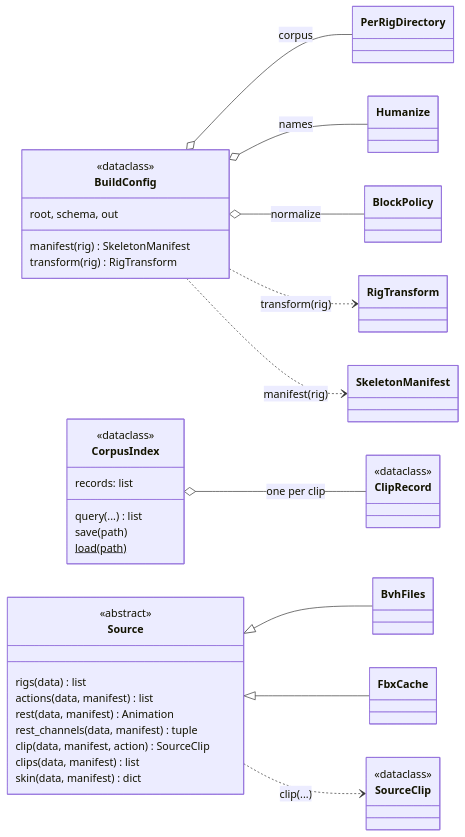
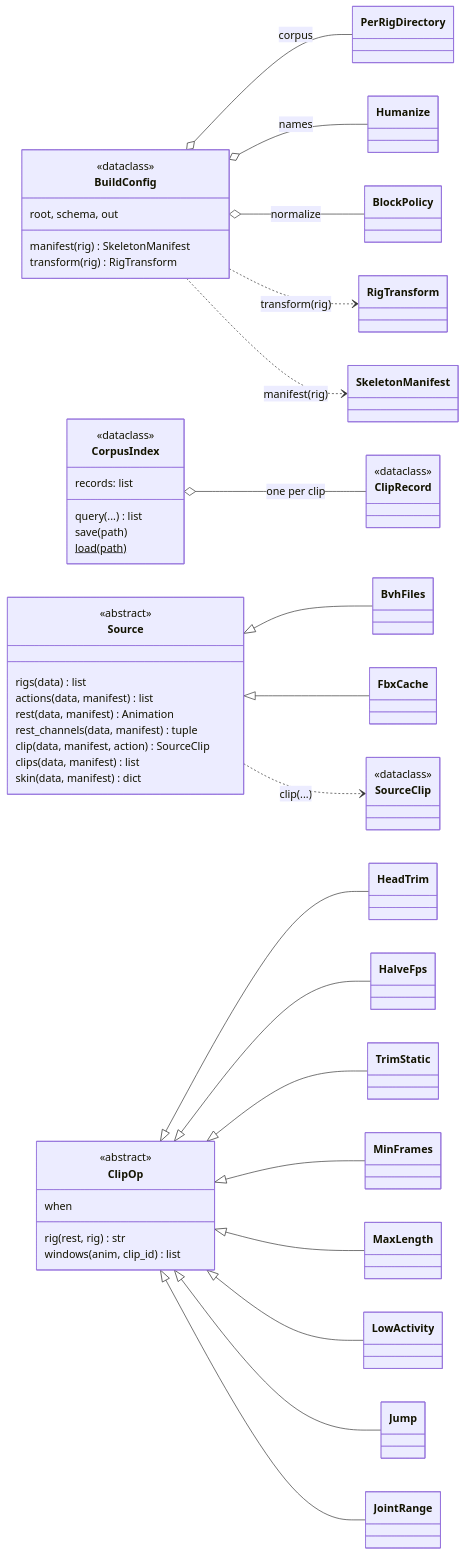
One commit to LuCazzola/PoseYdon changed the diagram in docs/api/build/index.md. Above: the diagram before and after it, drawn with Mermaid. The commit also changed other lines of this file and 6 other files, not shown here.

First line of the commit message:
feat: clips: group, UniMate's trims, length limit and clip filters

````diff
--- a/docs/api/build/index.md
+++ b/docs/api/build/index.md
@@ -45,41 +58,55 @@
 ```mermaid
 classDiagram
   direction LR
   class BuildConfig {
     <<dataclass>>
     root, schema, out
     manifest(rig) SkeletonManifest
     transform(rig) RigTransform
   }
   class CorpusIndex {
     <<dataclass>>
     records: list
     query(...) list
     save(path)
     load(path)$
   }
   class ClipRecord { <<dataclass>> }
   class Source {
     <<abstract>>
     rigs(data) list
     actions(data, manifest) list
     rest(data, manifest) Animation
     rest_channels(data, manifest) tuple
     clip(data, manifest, action) SourceClip
     clips(data, manifest) list
     skin(data, manifest) dict
   }
   class SourceClip { <<dataclass>> }
+  class ClipOp {
+    <<abstract>>
+    when
+    rig(rest, rig) str
+    windows(anim, clip_id) list
+  }
+  ClipOp <|-- HeadTrim
+  ClipOp <|-- HalveFps
+  ClipOp <|-- TrimStatic
+  ClipOp <|-- MinFrames
+  ClipOp <|-- MaxLength
+  ClipOp <|-- LowActivity
+  ClipOp <|-- Jump
+  ClipOp <|-- JointRange
   Source <|-- BvhFiles
   Source <|-- FbxCache
   Source ..> SourceClip : clip(...)
   BuildConfig o-- PerRigDirectory : corpus
   BuildConfig o-- Humanize : names
   BuildConfig o-- BlockPolicy : normalize
   BuildConfig ..> RigTransform : transform(rig)
   BuildConfig ..> SkeletonManifest : manifest(rig)
   CorpusIndex o-- ClipRecord : one per clip
-  cssClass "CorpusIndex,PerRigDirectory,Humanize,BvhFiles,FbxCache" impl
+  cssClass "CorpusIndex,PerRigDirectory,Humanize,BvhFiles,FbxCache,HeadTrim,HalveFps,TrimStatic,MinFrames,MaxLength,LowActivity,Jump,JointRange" impl
   cssClass "BuildConfig,ClipRecord,SourceClip" data
   cssClass "BlockPolicy,SkeletonManifest,RigTransform" ext
 ```
````
